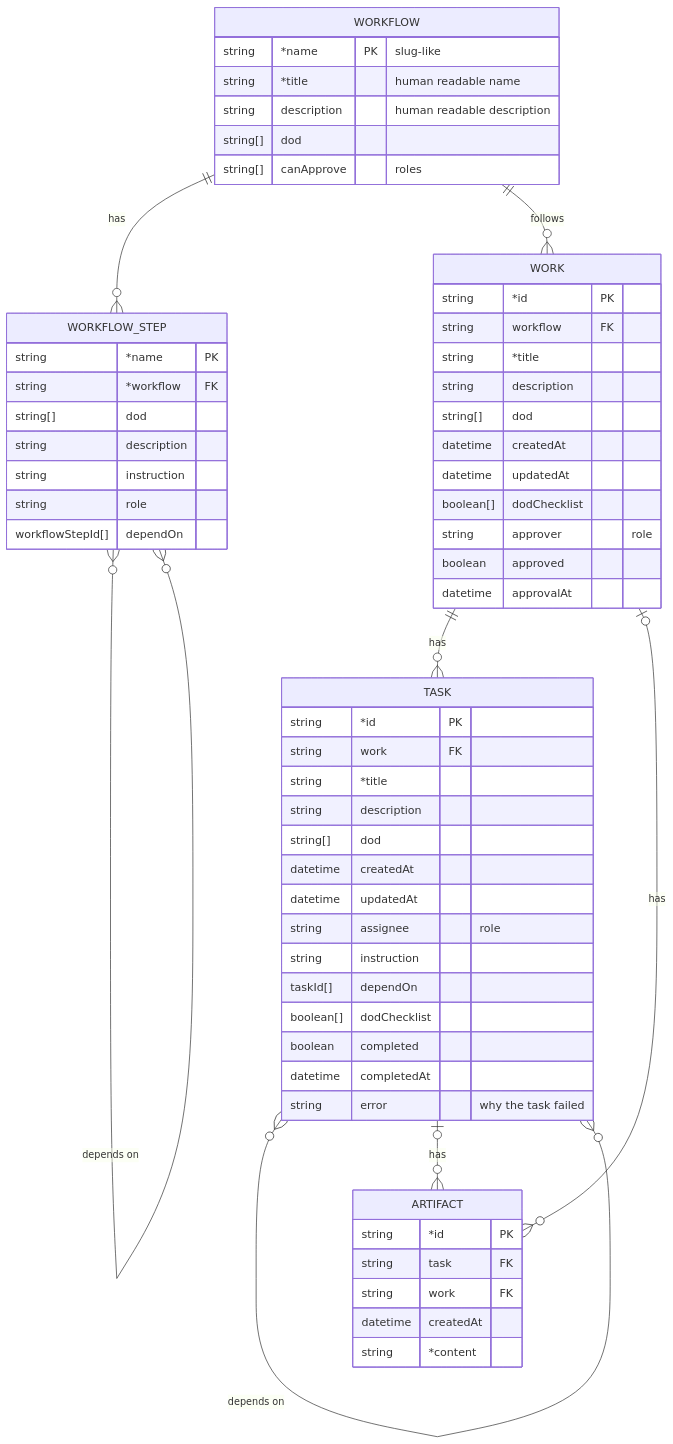
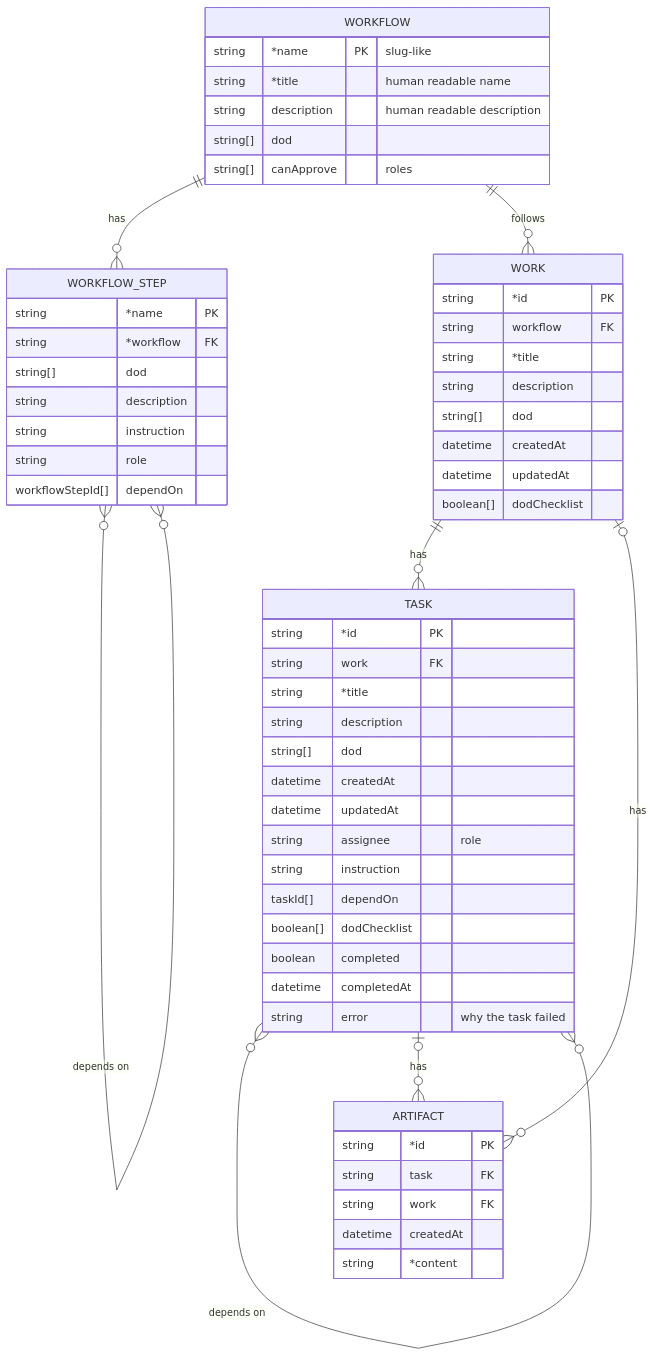
Before and after one commit to longlh/superteam: the diagram in docs/data-struct.md, drawn with Mermaid. The commit also changed other lines of this file and 6 other files, not shown here.

First line of the commit message:
Add the principles of the architecture, and align the storage and data docs

````diff
--- a/docs/data-struct.md
+++ b/docs/data-struct.md
@@ -5,67 +5,64 @@
 ```mermaid
 erDiagram
     WORKFLOW {
         string *name PK "slug-like"
         string *title "human readable name"
         string description "human readable description"
         string[] dod
         string[] canApprove "roles"
     }
 
     WORKFLOW_STEP {
         string *name PK
         string *workflow FK
         string[] dod
         string description
         string instruction
         string role
         workflowStepId[] dependOn
     }
 
     WORK {
         string *id PK
         string workflow FK
         string *title
         string description
         string[] dod
         datetime createdAt
         datetime updatedAt
         boolean[] dodChecklist
-        string approver "role"
-        boolean approved
-        datetime approvalAt
     }
 
     TASK {
         string *id PK
         string work FK
         string *title
         string description
         string[] dod
         datetime createdAt
         datetime updatedAt
         string assignee "role"
         string instruction
         taskId[] dependOn
         boolean[] dodChecklist
         boolean completed
         datetime completedAt
         string error "why the task failed"
     }
 
     ARTIFACT {
         string *id PK
         string task FK
         string work FK
         datetime createdAt
         string *content
     }
 
     WORKFLOW ||--o{ WORKFLOW_STEP : has
     WORKFLOW_STEP }o--o{ WORKFLOW_STEP : "depends on"
     WORKFLOW ||--o{ WORK : follows
     WORK ||--o{ TASK : has
     TASK }o--o{ TASK : "depends on"
     TASK |o--o{ ARTIFACT : has
     WORK |o--o{ ARTIFACT : has
 ```
````
